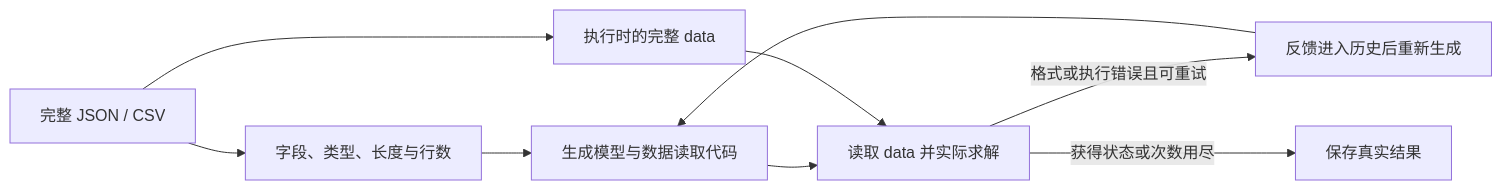
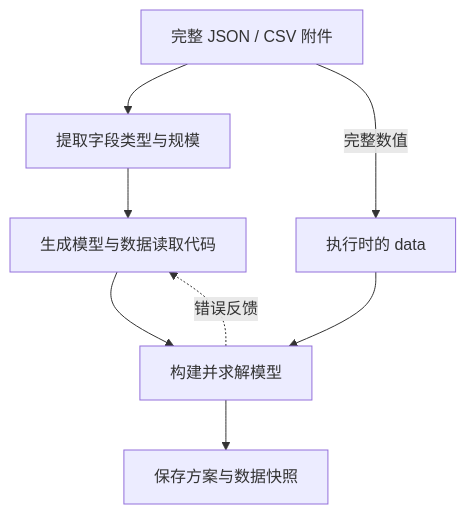
One commit to Fangziyang0910/LLM4OM changed the diagram in website/content/zh/bind.md. Above: the diagram before and after it, drawn with Mermaid. The commit also changed other lines of this file and 231 other files, not shown here.

````diff
--- a/website/content/zh/bind.md
+++ b/website/content/zh/bind.md
@@ -11,11 +11,13 @@
 ```mermaid
-flowchart LR
-  File["完整 JSON / CSV"] --> Schema["字段、类型、长度与行数"]
-  Schema --> LLM["生成模型与数据读取代码"]
-  File --> Data["执行时的完整 data"]
-  LLM --> Solve["读取 data 并实际求解"]
+flowchart TB
+  File["完整 JSON / CSV 附件"]
+  Schema["提取字段类型与规模"]
+  LLM["生成模型与数据读取代码"]
+  Data["执行时的 data"]
+  Solve["构建并求解模型"]
+  Finish["保存方案与数据快照"]
+  File --> Schema --> LLM --> Solve --> Finish
+  File -->|完整数值| Data
   Data --> Solve
-  Solve -->|格式或执行错误且可重试| Feedback["反馈进入历史后重新生成"]
-  Feedback --> LLM
-  Solve -->|获得状态或次数用尽| Finish["保存真实结果"]
+  Solve -.->|错误反馈| LLM
 ```
````
